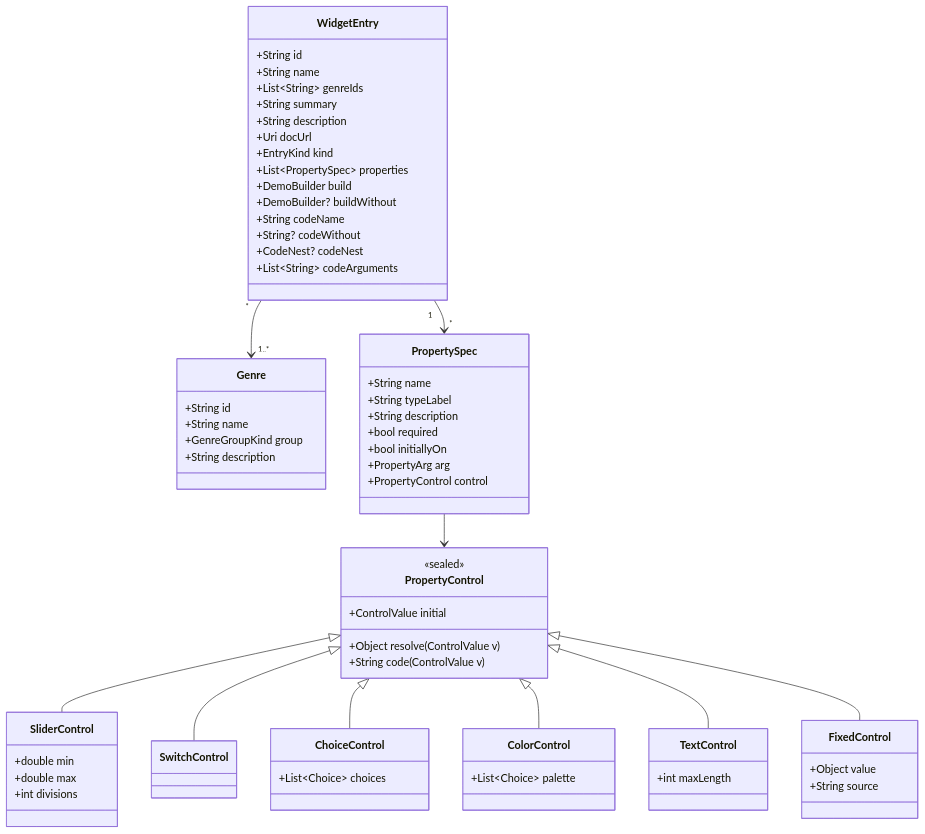
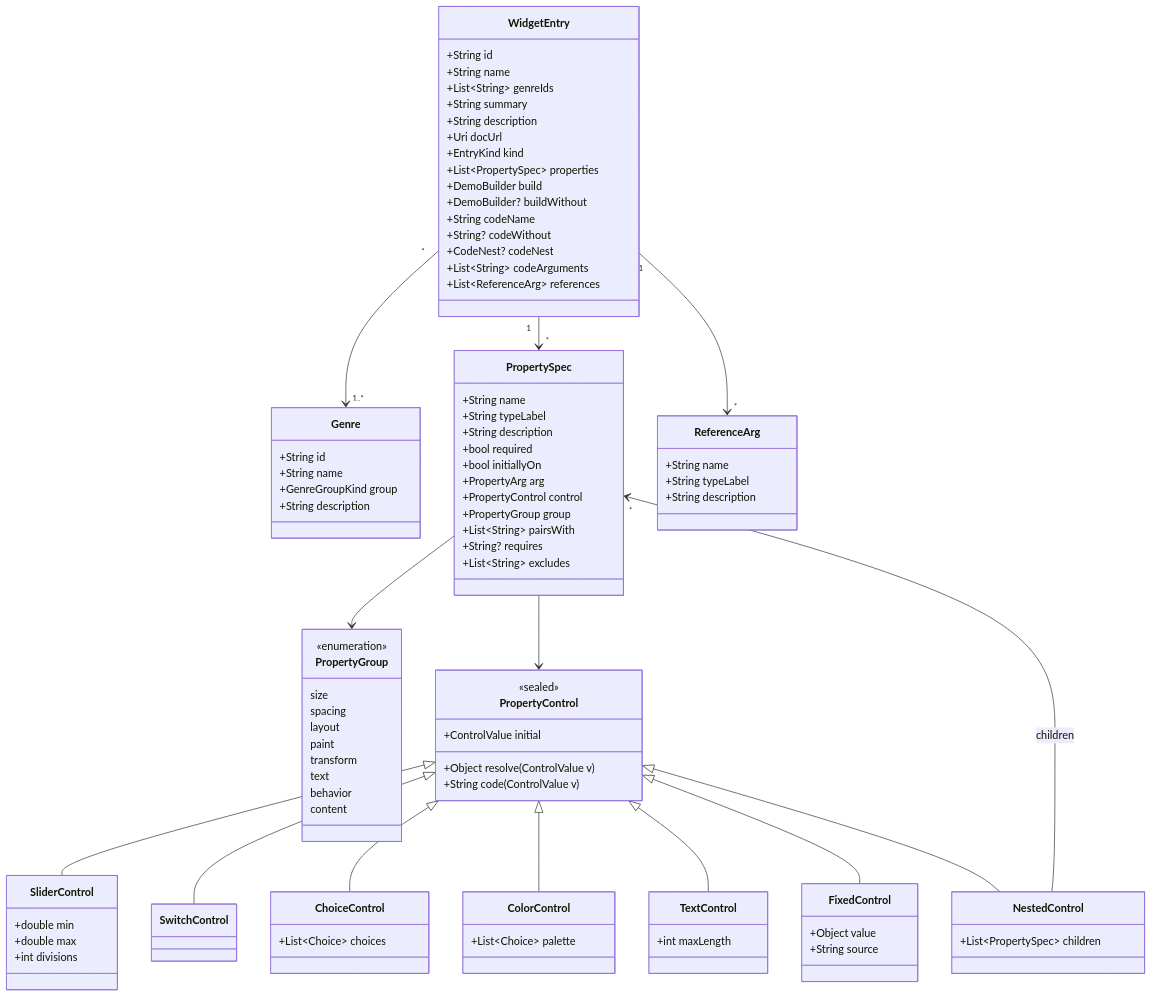
One commit to masa-futa/widget-lab changed the first of 6 diagrams in docs/design/functions/demo-engine.md. Above: the diagram before and after it, drawn with Mermaid. The commit also changed other lines of this file and 3 other files, not shown here.

````diff
--- a/docs/design/functions/demo-engine.md
+++ b/docs/design/functions/demo-engine.md
@@ -43,6 +43,7 @@
         +String? codeWithout
         +CodeNest? codeNest
         +List~String~ codeArguments
+        +List~ReferenceArg~ references
     }
     class PropertySpec {
         +String name
@@ -52,6 +53,26 @@
         +bool initiallyOn
         +PropertyArg arg
         +PropertyControl control
+        +PropertyGroup group
+        +List~String~ pairsWith
+        +String? requires
+        +List~String~ excludes
+    }
+    class PropertyGroup {
+        <<enumeration>>
+        size
+        spacing
+        layout
+        paint
+        transform
+        text
+        behavior
+        content
+    }
+    class ReferenceArg {
+        +String name
+        +String typeLabel
+        +String description
     }
     class PropertyControl {
         <<sealed>>
@@ -78,7 +99,13 @@
         +Object value
         +String source
     }
+    class NestedControl {
+        +List~PropertySpec~ children
+    }
     WidgetEntry "1" --> "*" PropertySpec
+    WidgetEntry "1" --> "*" ReferenceArg
+    PropertySpec --> PropertyGroup
+    NestedControl --> "*" PropertySpec : children
     WidgetEntry "*" --> "1..*" Genre
     PropertySpec --> PropertyControl
     PropertyControl <|-- SliderControl
@@ -87,4 +114,5 @@
     PropertyControl <|-- ColorControl
     PropertyControl <|-- TextControl
     PropertyControl <|-- FixedControl
+    PropertyControl <|-- NestedControl
 ```
````
